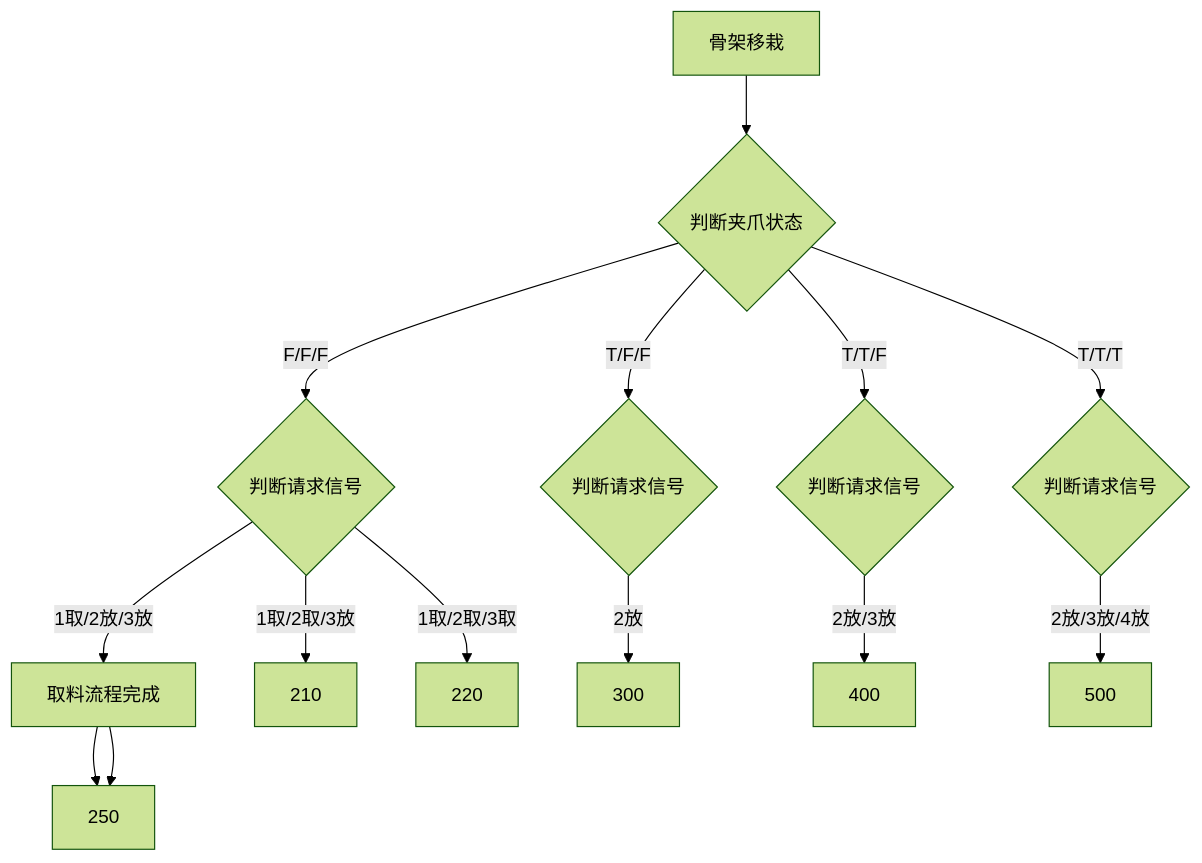
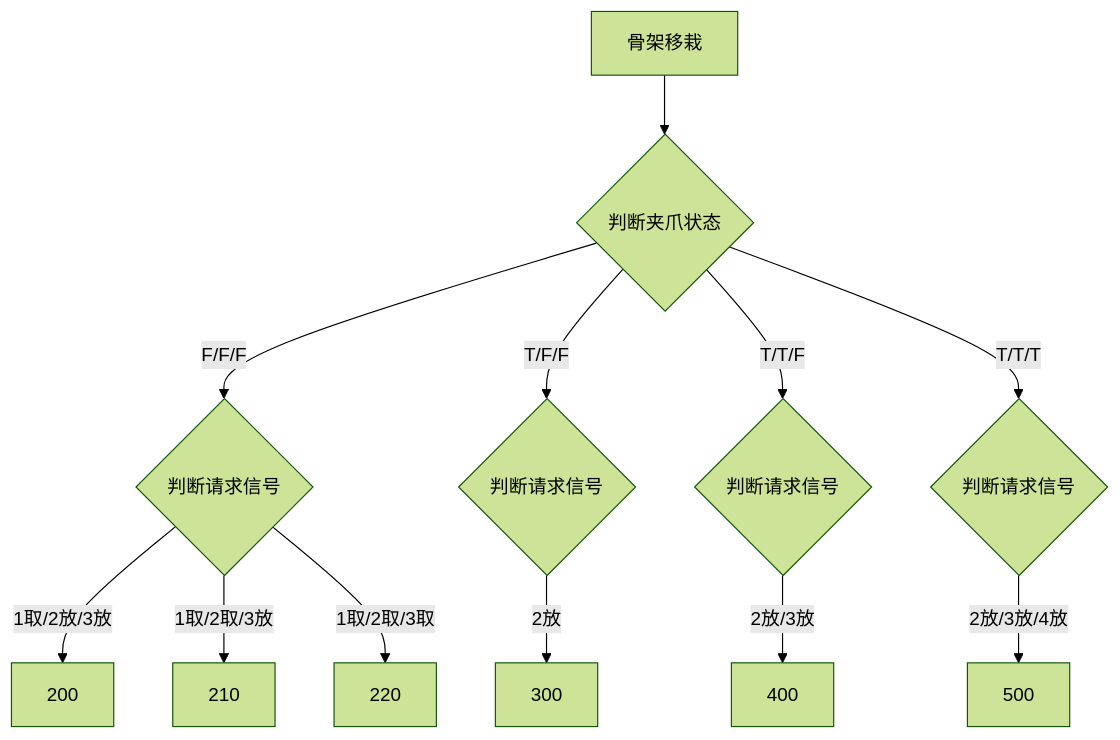
One commit to zmq000/iodraw-files changed the diagram in all/VR-OP90骨架移栽1.md. Above: the diagram before and after it, drawn with Mermaid (forest theme).

Commit message:
2026-06-18 16:33:28 update

````diff
--- a/all/VR-OP90骨架移栽1.md
+++ b/all/VR-OP90骨架移栽1.md
@@ -1,18 +1,17 @@
 ```mermaid
 graph TD
 0[骨架移栽]-->10
 10{判断夹爪状态}-->|F/F/F|20
 10-->|T/F/F|30
 10-->|T/T/F|40
 10-->|T/T/T|50
 
 20{判断请求信号}-->|1取/2放/3放|200
 20-->|1取/2取/3放|210
 20-->|1取/2取/3取|220
-200[取料流程完成]-->250
-200[取料流程完成]-->250
+
 
 30{判断请求信号}-->|2放|300
 40{判断请求信号}-->|2放/3放|400
 50{判断请求信号}-->|2放/3放/4放|500
 ```
````
